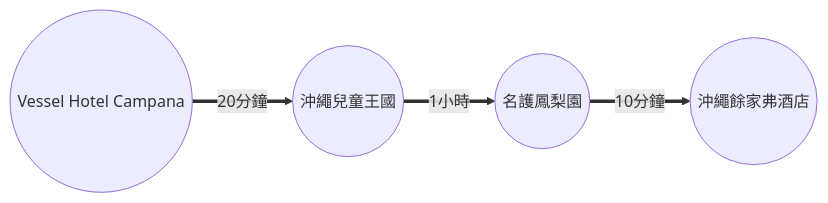
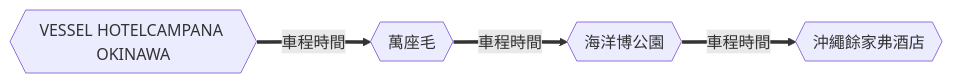
One commit to wilder640/trip changed the ninth of 12 diagrams in docs/blog/posts/okinawa/okinawa-2024-12/okinawa-2024-12.md. Above: the diagram before and after it, drawn with Mermaid. The commit also changed other lines of this file and 12 other files, not shown here.

````diff
--- a/docs/blog/posts/okinawa/okinawa-2024-12/okinawa-2024-12.md
+++ b/docs/blog/posts/okinawa/okinawa-2024-12/okinawa-2024-12.md
@@ -141,4 +128,4 @@
 ``` mermaid
 graph LR
-  A((Vessel Hotel Campana)) == 20分鐘 ==> B((沖繩兒童王國)) == 1小時 ==> C((名護鳳梨園))  == 10分鐘 ==> D((沖繩餘家弗酒店))
+  A{{VESSEL HOTELCAMPANA OKINAWA}} == 車程時間 ==> Ｂ{{萬座毛}} == 車程時間 ==> Ｃ{{海洋博公園}} == 車程時間 ==> Ｄ{{沖繩餘家弗酒店}}
 ```
````
